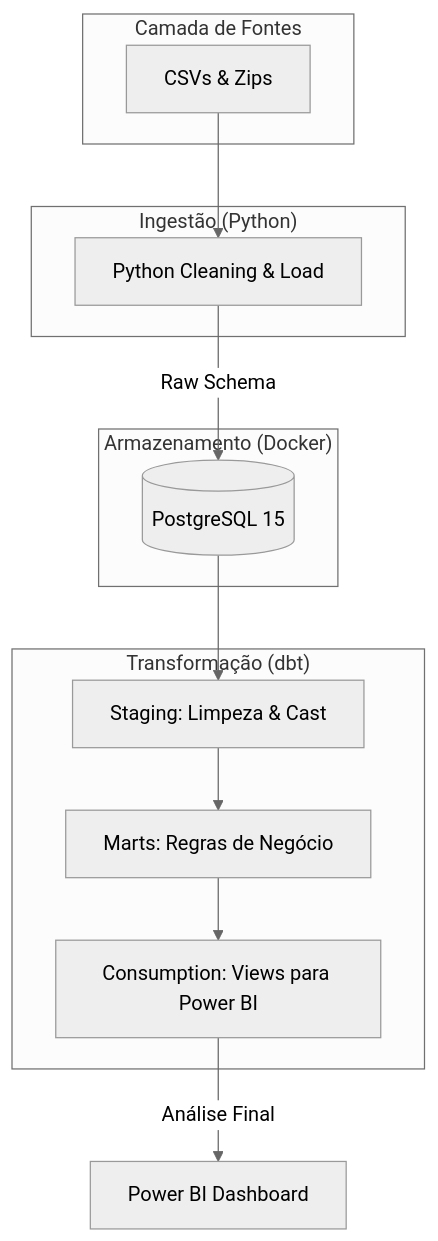
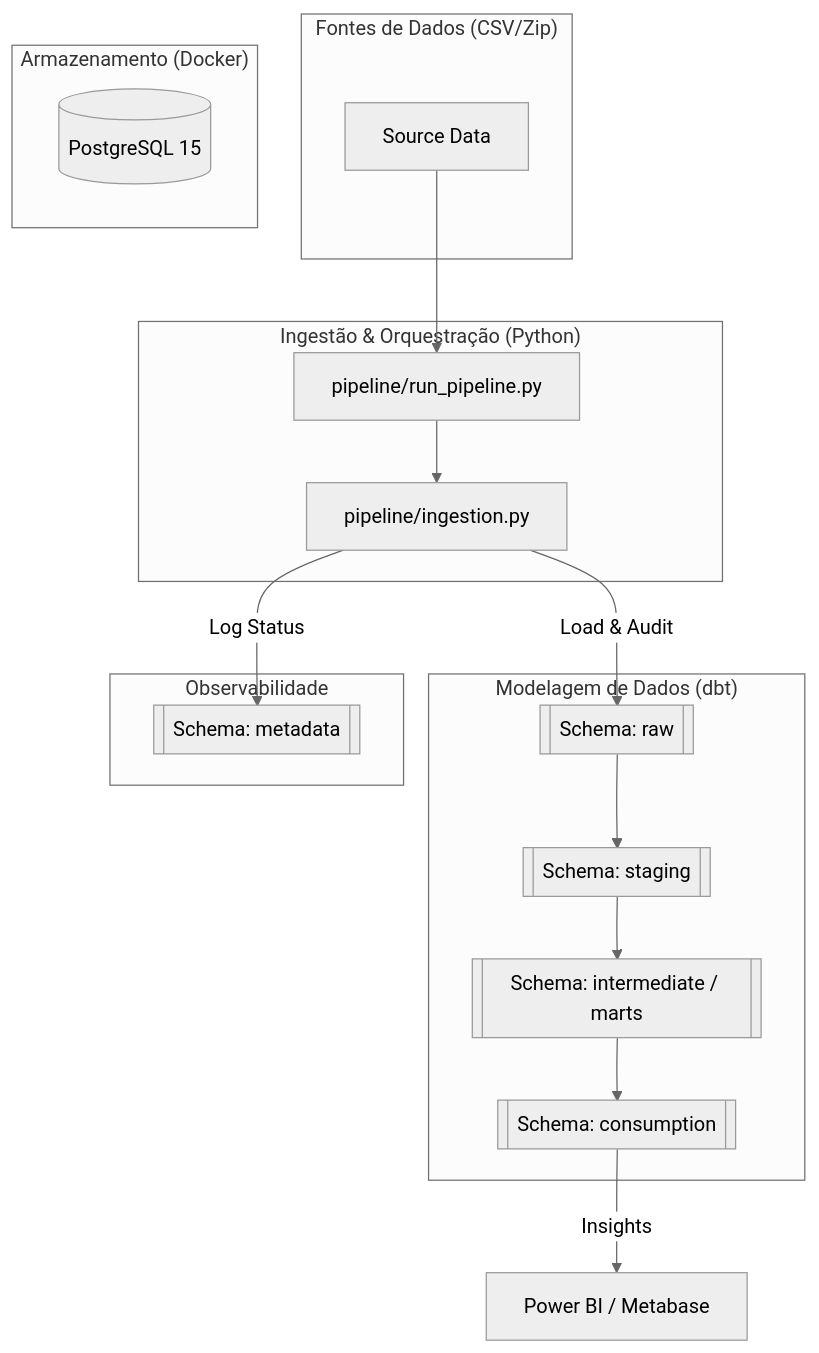
One commit to RicsonRamos/olist-data-platform changed the diagram in README.md. Above: the diagram before and after it, drawn with Mermaid (neutral theme). The commit also changed other lines of this file and 24 other files, not shown here.

````diff
--- a/README.md
+++ b/README.md
@@ -22,27 +16,35 @@
 ```mermaid
 graph TD
-    subgraph "Camada de Fontes"
-        CSV[CSVs & Zips]
+    subgraph "Fontes de Dados (CSV/Zip)"
+        SRC[Source Data]
     end
 
-    subgraph "Ingestão (Python)"
-        PY[Python Cleaning & Load]
+    subgraph "Ingestão & Orquestração (Python)"
+        PY[pipeline/run_pipeline.py]
+        ING[pipeline/ingestion.py]
     end
 
     subgraph "Armazenamento (Docker)"
         PG[(PostgreSQL 15)]
     end
 
-    subgraph "Transformação (dbt)"
-        STG[Staging: Limpeza & Cast]
-        MRT[Marts: Regras de Negócio]
-        CNS[Consumption: Views para Power BI]
+    subgraph "Modelagem de Dados (dbt)"
+        RAW[[Schema: raw]]
+        STG[[Schema: staging]]
+        MRT[[Schema: intermediate / marts]]
+        CNS[[Schema: consumption]]
     end
 
-    CSV --> PY
-    PY -->|Raw Schema| PG
-    PG --> STG
+    subgraph "Observabilidade"
+        AUD[[Schema: metadata]]
+    end
+
+    SRC --> PY
+    PY --> ING
+    ING -->|Load & Audit| RAW
+    ING -->|Log Status| AUD
+    RAW --> STG
     STG --> MRT
     MRT --> CNS
-    CNS -->|Análise Final| PBI[Power BI Dashboard]
+    CNS -->|Insights| PBI[Power BI / Metabase]
 ```
````
